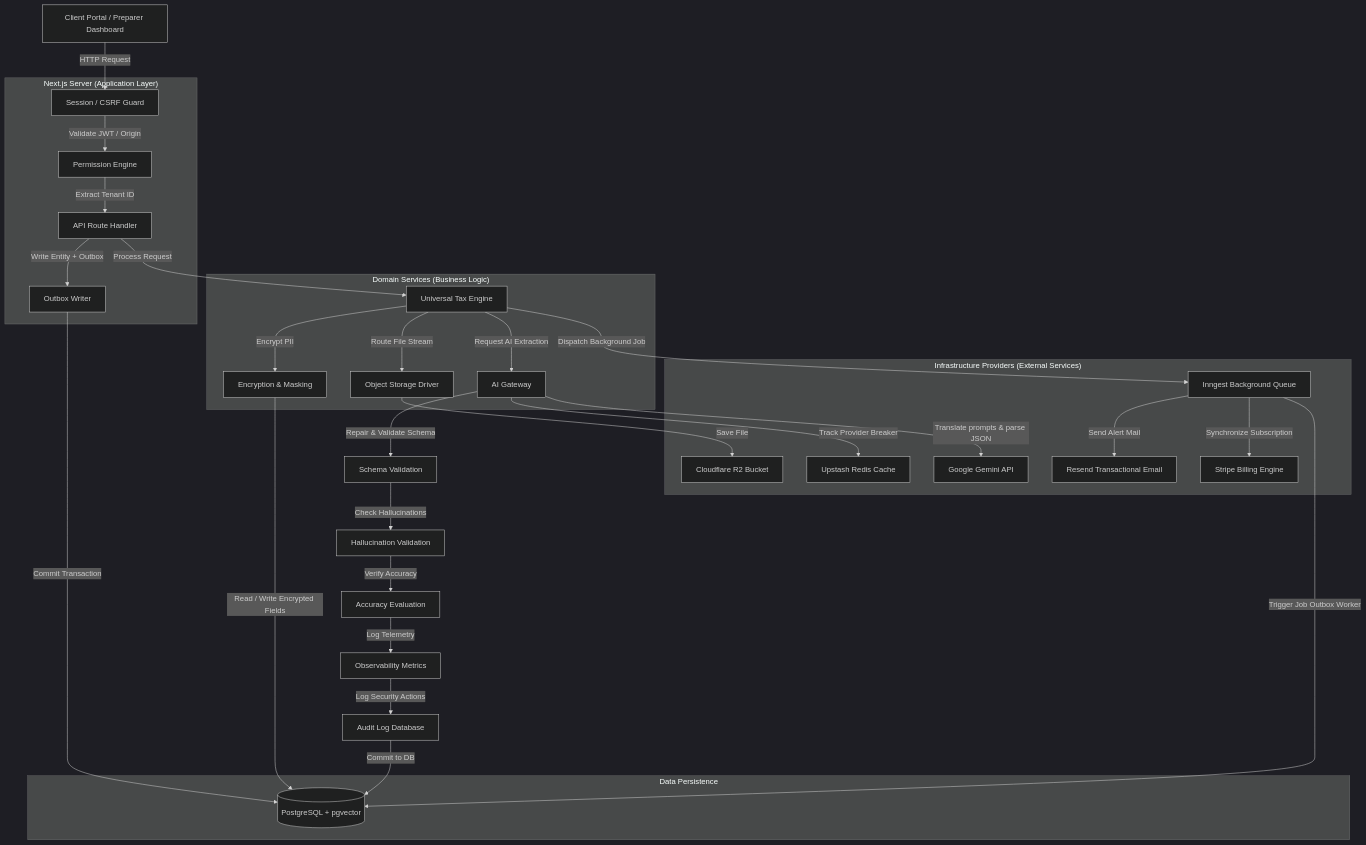
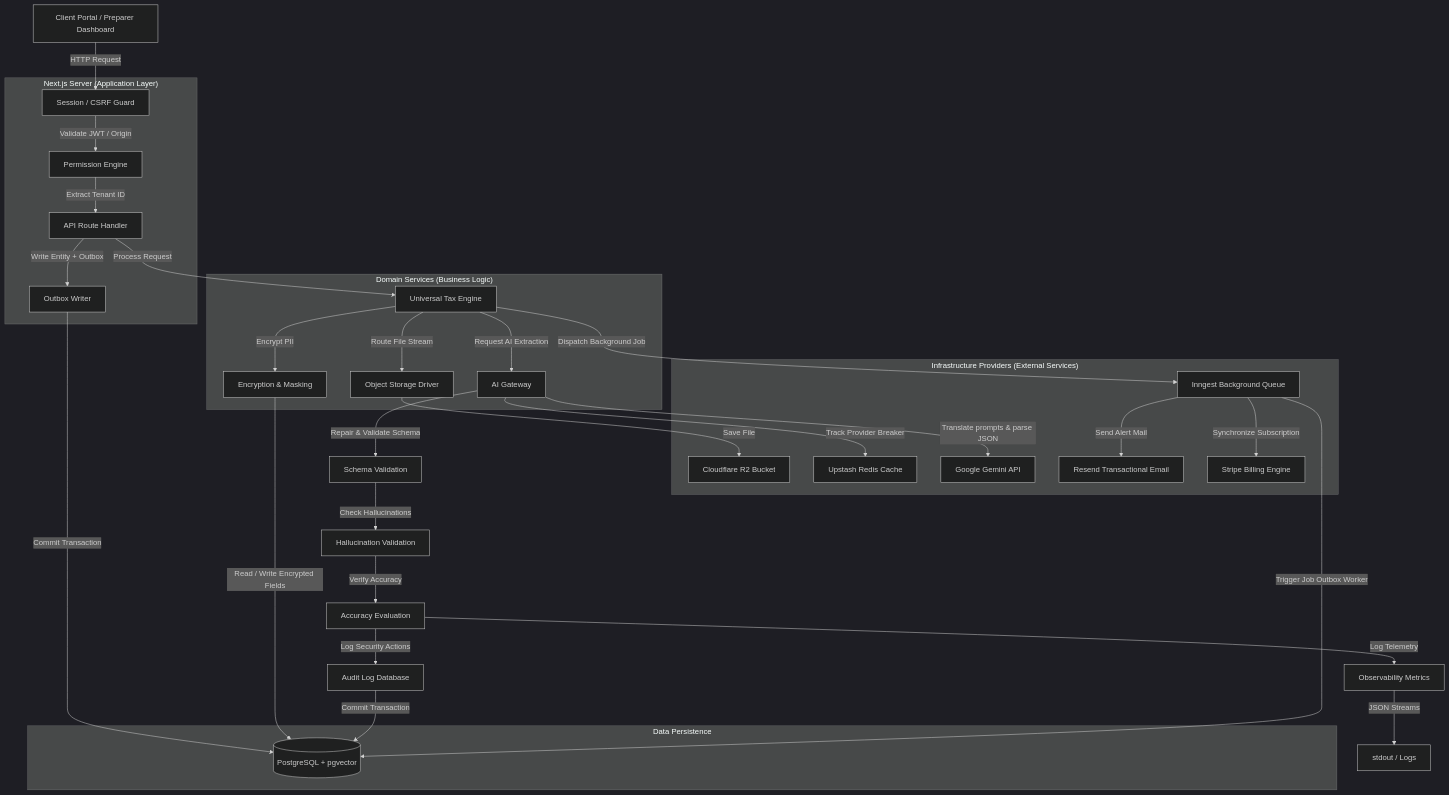
Before and after one commit to Siam-449840/TaxDox-AI: the first of 3 diagrams in README.md, drawn with Mermaid (dark theme). The commit also changed other lines of this file, not shown here.

````diff
--- a/README.md
+++ b/README.md
@@ -128,59 +134,60 @@
 ```mermaid
 graph TD
     Browser[Client Portal / Preparer Dashboard]
     
     subgraph NextJS["Next.js Server (Application Layer)"]
         Middleware[Session / CSRF Guard]
         PermEngine[Permission Engine]
         RouteHandler[API Route Handler]
         OutboxWriter[Outbox Writer]
     end
     
     subgraph ServiceLayer["Domain Services (Business Logic)"]
         TaxEngine[Universal Tax Engine]
         CryptoSvc[Encryption & Masking]
         StoreSvc[Object Storage Driver]
         AIGateway[AI Gateway]
     end
     
     subgraph Infra["Infrastructure Providers (External Services)"]
         R2[Cloudflare R2 Bucket]
         Redis[Upstash Redis Cache]
         Gemini[Google Gemini API]
         Inngest[Inngest Background Queue]
         Resend[Resend Transactional Email]
         Stripe[Stripe Billing Engine]
     end
     
     subgraph DB["Data Persistence"]
         Postgres[(PostgreSQL + pgvector)]
     end
 
     Browser -->|HTTP Request| Middleware
     Middleware -->|Validate JWT / Origin| PermEngine
     PermEngine -->|Extract Tenant ID| RouteHandler
     
     RouteHandler -->|Process Request| TaxEngine
     RouteHandler -->|Write Entity + Outbox| OutboxWriter
     OutboxWriter -->|Commit Transaction| Postgres
     
     TaxEngine -->|Encrypt PII| CryptoSvc
     TaxEngine -->|Dispatch Background Job| Inngest
     TaxEngine -->|Route File Stream| StoreSvc
     TaxEngine -->|Request AI Extraction| AIGateway
     
     StoreSvc -->|Save File| R2
     CryptoSvc -->|Read / Write Encrypted Fields| Postgres
     AIGateway -->|Translate prompts & parse JSON| Gemini
     AIGateway -->|Track Provider Breaker| Redis
     AIGateway -->|Repair & Validate Schema| SchemaVal[Schema Validation]
     SchemaVal -->|Check Hallucinations| HallCheck[Hallucination Validation]
     HallCheck -->|Verify Accuracy| Evaluation[Accuracy Evaluation]
     Evaluation -->|Log Telemetry| Observability[Observability Metrics]
-    Observability -->|Log Security Actions| AuditLog[Audit Log Database]
-    AuditLog -->|Commit to DB| Postgres
+    Observability -->|JSON Streams| Stdout[stdout / Logs]
+    Evaluation -->|Log Security Actions| AuditLog[Audit Log Database]
+    AuditLog -->|Commit Transaction| Postgres
     
     Inngest -->|Trigger Job Outbox Worker| Postgres
     Inngest -->|Send Alert Mail| Resend
     Inngest -->|Synchronize Subscription| Stripe
 ```
````
